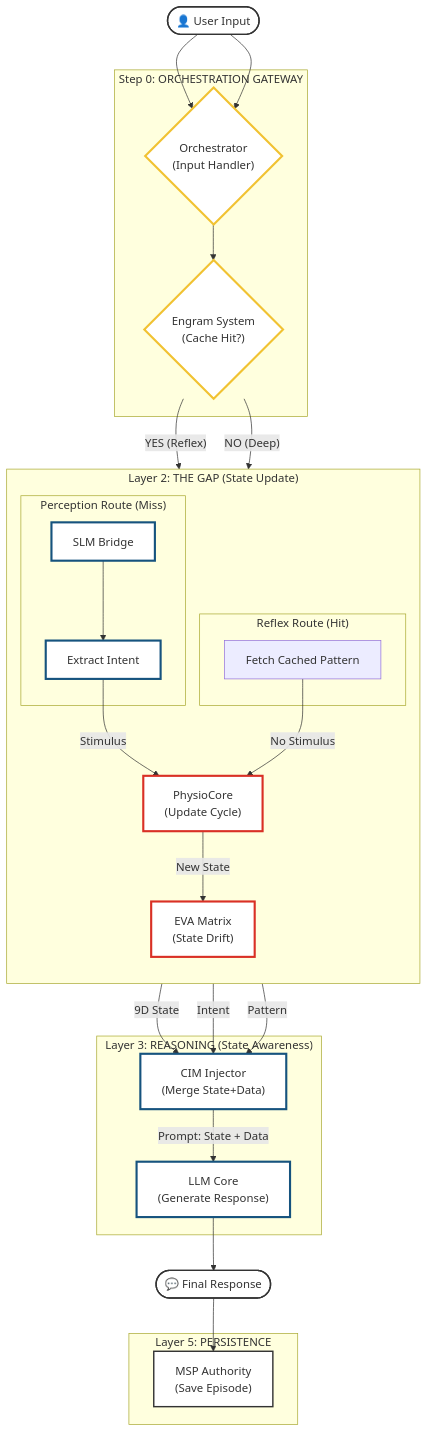
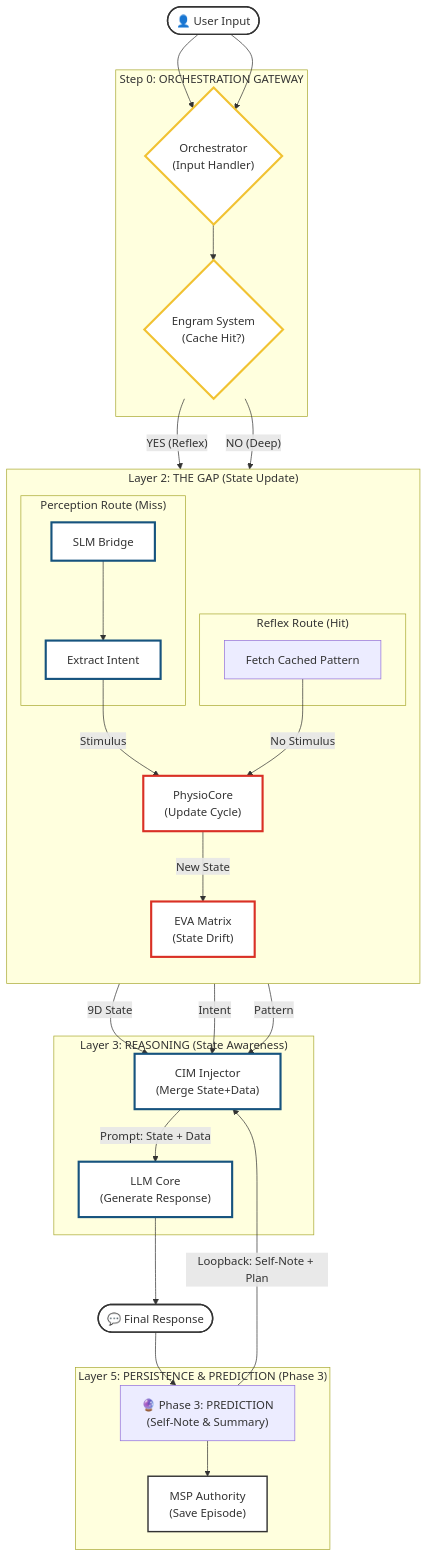
One commit to Freshair129/agentic_agent changed the diagram in docs/03_Architecture/FULL_SYSTEM_ARCHITECTURE_v9.6.2.md. Above: the diagram before and after it, drawn with Mermaid. The commit also changed 2 other files, not shown here.

Commit message:
[Registry+Docs] Defined Phase 3 as CIM Protocol & Added Loopback to Diagram

```diff
--- a/docs/03_Architecture/FULL_SYSTEM_ARCHITECTURE_v9.6.2.md
+++ b/docs/03_Architecture/FULL_SYSTEM_ARCHITECTURE_v9.6.2.md
@@ -83,12 +83,18 @@
     %% 5. OUTPUT & PERSISTENCE
     %% ==========================================
 
-    subgraph Save ["Layer 5: PERSISTENCE"]
+    %% ==========================================
+    %% 5. OUTPUT & PERSISTENCE
+    %% ==========================================
+    subgraph Save ["Layer 5: PERSISTENCE & PREDICTION (Phase 3)"]
         MSP["MSP Authority<br/>(Save Episode)"]
+        Phase3["🔮 Phase 3: PREDICTION<br/>(Self-Note & Summary)"]
     end
 
     LLM --> FinalOut(["💬 Final Response"])
-    FinalOut --> MSP
+    FinalOut --> Phase3
+    Phase3 -->|Loopback: Self-Note + Plan| CIM
+    Phase3 --> MSP
 
     %% ==========================================
     %% STYLING (High Contrast)
```
